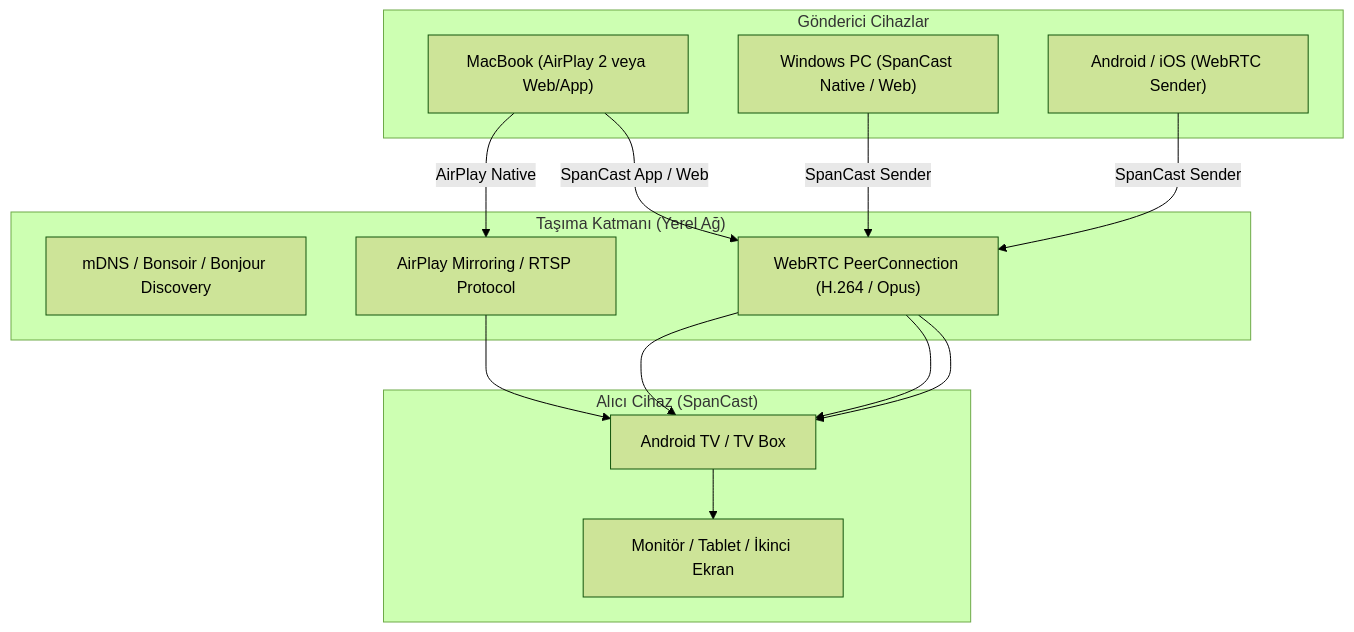
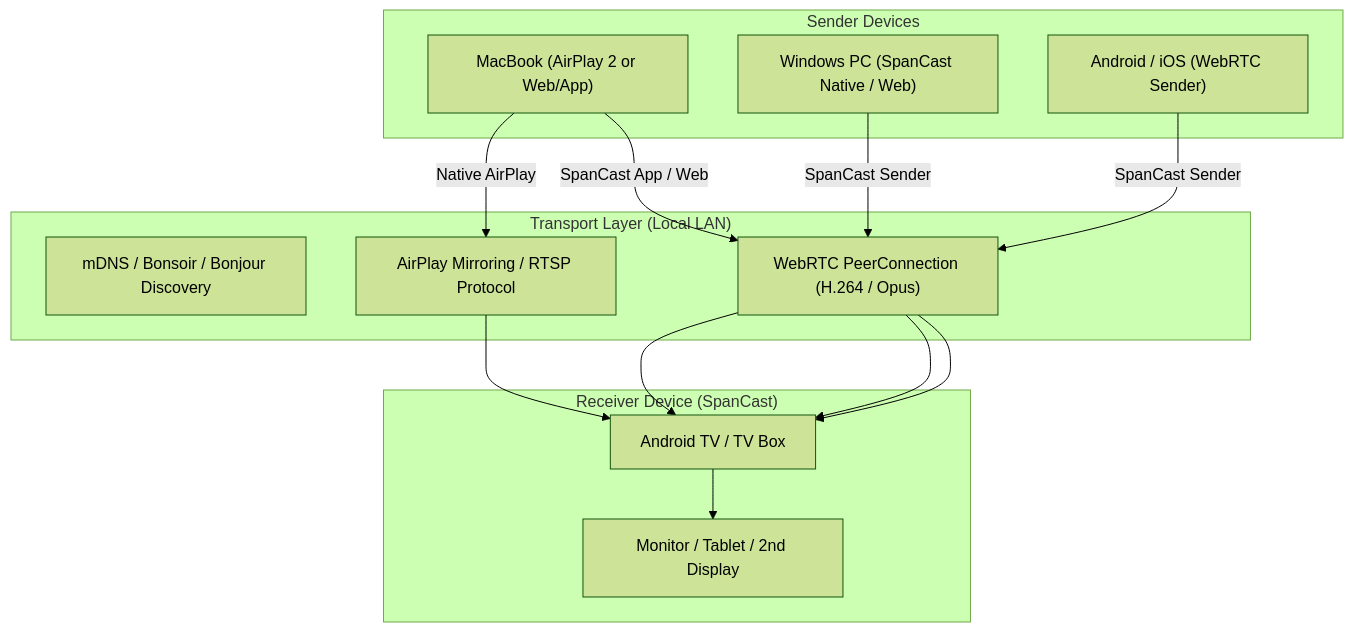
Before and after one commit to yasinemreturhan/SpanCast: the diagram in README.md, drawn with Mermaid (forest theme). The commit also changed other lines of this file and 2 other files, not shown here.

````diff
--- a/README.md
+++ b/README.md
@@ -70,25 +74,25 @@
 ```mermaid
 graph TD
-    subgraph Sender["Gönderici Cihazlar"]
-        Mac["MacBook (AirPlay 2 veya Web/App)"]
+    subgraph Sender["Sender Devices"]
+        Mac["MacBook (AirPlay 2 or Web/App)"]
         Win["Windows PC (SpanCast Native / Web)"]
         Mobile["Android / iOS (WebRTC Sender)"]
     end
 
-    subgraph Transport["Taşıma Katmanı (Yerel Ağ)"]
+    subgraph Transport["Transport Layer (Local LAN)"]
         MDNS["mDNS / Bonsoir / Bonjour Discovery"]
         WebRTC["WebRTC PeerConnection (H.264 / Opus)"]
         AirPlayProto["AirPlay Mirroring / RTSP Protocol"]
     end
 
-    subgraph Receiver["Alıcı Cihaz (SpanCast)"]
+    subgraph Receiver["Receiver Device (SpanCast)"]
         TV["Android TV / TV Box"]
-        Display["Monitör / Tablet / İkinci Ekran"]
+        Display["Monitor / Tablet / 2nd Display"]
     end
 
-    Mac -->|AirPlay Native| AirPlayProto --> TV
+    Mac -->|Native AirPlay| AirPlayProto --> TV
     Mac -->|SpanCast App / Web| WebRTC --> TV
     Win -->|SpanCast Sender| WebRTC --> TV
     Mobile -->|SpanCast Sender| WebRTC --> TV
     TV --> Display
 ```
````
